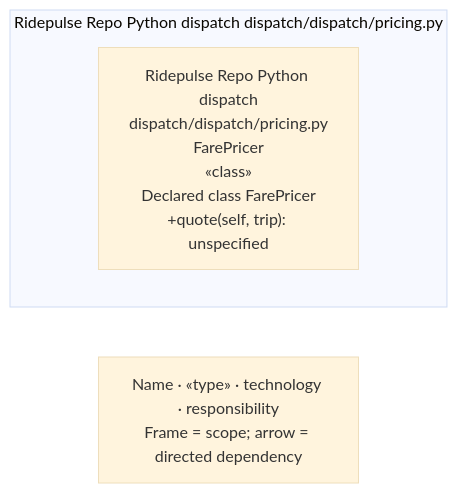
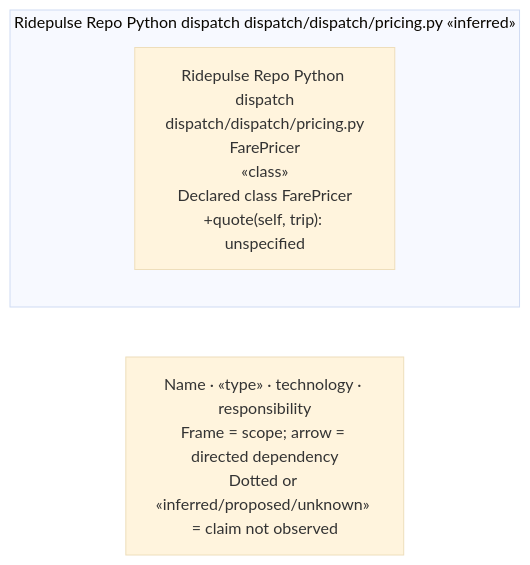
One commit to tyler59simon/architecture-suite-plugin changed the diagram in examples/ride-dispatch/from-source-code/analysis/04-code/code-ridepulse-repo-python-dispatch-dispatch-dispatch-pricing-py.mmd. Above: the diagram before and after it, drawn with Mermaid (base theme). The commit also changed 363 other files, not shown here.

```diff
--- a/examples/ride-dispatch/from-source-code/analysis/04-code/code-ridepulse-repo-python-dispatch-dispatch-dispatch-pricing-py.mmd
+++ b/examples/ride-dispatch/from-source-code/analysis/04-code/code-ridepulse-repo-python-dispatch-dispatch-dispatch-pricing-py.mmd
@@ -1,6 +1,6 @@
 %% Architecture Suite schema 2.0; portable layout is independent of ELK
 flowchart LR
-  subgraph n0["Ridepulse Repo Python dispatch#10;dispatch/dispatch/pricing.py"]
+  subgraph n0["Ridepulse Repo Python dispatch#10;dispatch/dispatch/pricing.py#10;«inferred»"]
     n1["Ridepulse Repo Python dispatch#10;dispatch/dispatch/pricing.py#10;FarePricer#10;«class»#10;Declared class FarePricer#10;+quote(self, trip): unspecified"]
   end
-  notation_key["Name · «type» · technology · responsibility#10;Frame = scope; arrow = directed dependency"]
+  notation_key["Name · «type» · technology · responsibility#10;Frame = scope; arrow = directed dependency#10;Dotted or «inferred/proposed/unknown» = claim not observed"]
```
